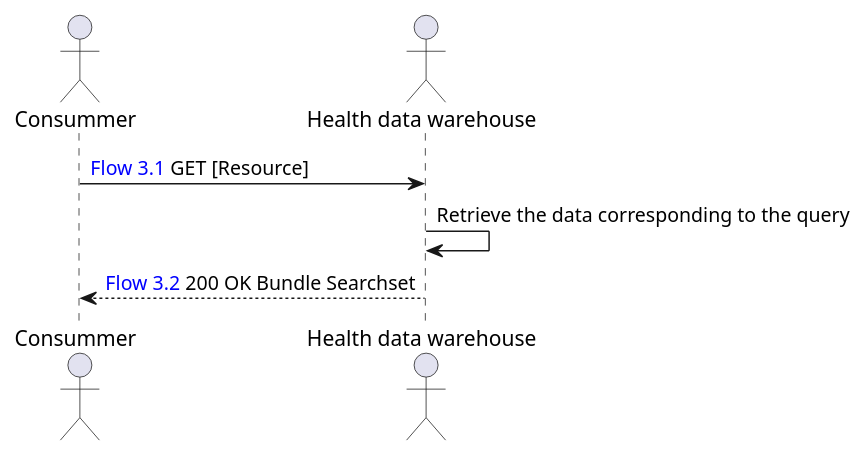
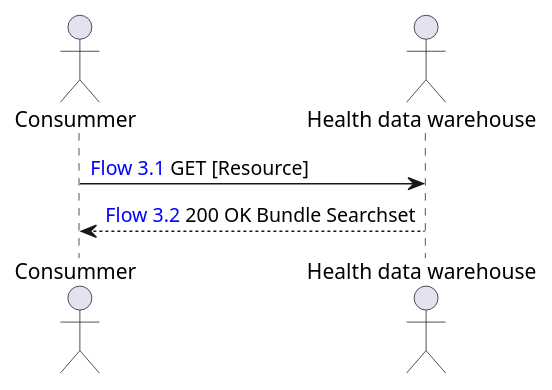
One commit to ONCOFAIR/FHIR-ImplementationGuide-Article changed the diagram in input/images-source/multicentric_study_research_flow.plantuml. Above: the diagram before and after it, drawn with PlantUML. The commit also changed 1208 other files, not shown here.

```diff
--- a/input/images-source/multicentric_study_research_flow.plantuml
+++ b/input/images-source/multicentric_study_research_flow.plantuml
@@ -1,8 +1,7 @@
 @startuml
 actor "Consummer" as C
 actor "Health data warehouse" as EDS
 
 C -> EDS: <color:blue>Flow 3.1</color> GET [Resource]
-EDS -> EDS: Retrieve the data corresponding to the query
 EDS --> C: <color:blue>Flow 3.2</color> 200 OK Bundle Searchset
 @enduml
```
